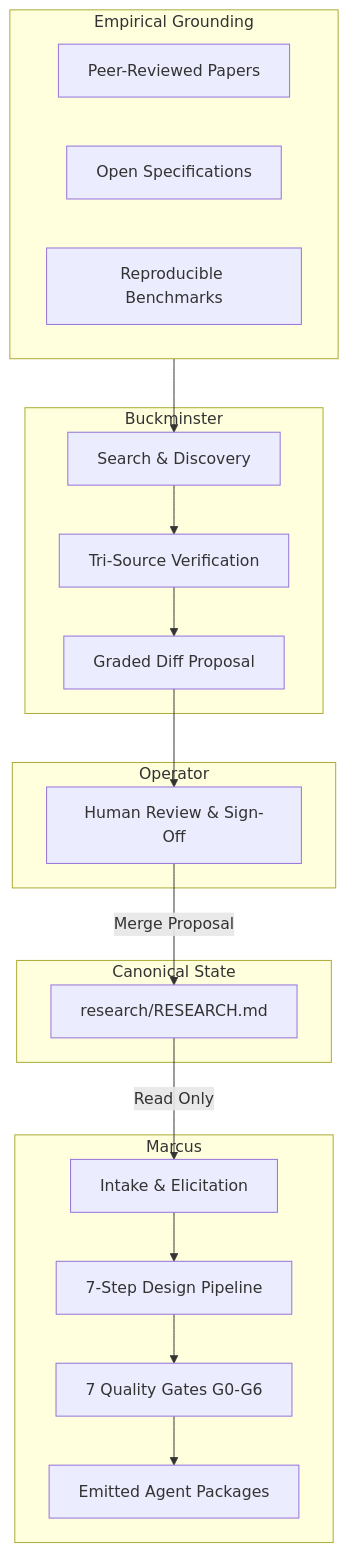
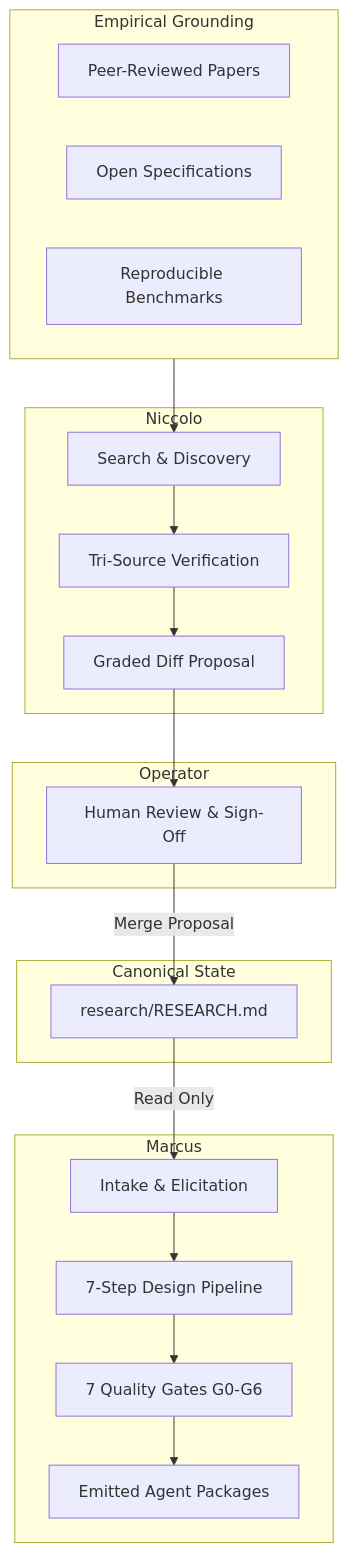
One commit to syst0m/demiurge changed the first of 2 diagrams in docs/DOCUMENTATION.md. Above: the diagram before and after it, drawn with Mermaid. The commit also changed other lines of this file and 43 other files, not shown here.

First line of the commit message:
Rename Buckminster to Niccolo; add personas guide

````diff
--- a/docs/DOCUMENTATION.md
+++ b/docs/DOCUMENTATION.md
@@ -50,39 +50,39 @@
 ```mermaid
 flowchart TD
     subgraph Literature_and_Standards [Empirical Grounding]
         L1[Peer-Reviewed Papers]
         L2[Open Specifications]
         L3[Reproducible Benchmarks]
     end
 
-    subgraph Research_Phase [Buckminster]
+    subgraph Research_Phase [Niccolo]
         B1[Search & Discovery]
         B2[Tri-Source Verification]
         B3[Graded Diff Proposal]
     end
 
     subgraph Governance [Operator]
         OP[Human Review & Sign-Off]
     end
 
     subgraph Knowledge_Base [Canonical State]
         KB[research/RESEARCH.md]
     end
 
     subgraph Synthesis_Phase [Marcus]
         M1[Intake & Elicitation]
         M2[7-Step Design Pipeline]
         M3[7 Quality Gates G0-G6]
         M4[Emitted Agent Packages]
     end
 
     Literature_and_Standards --> B1
     B1 --> B2
     B2 --> B3
     B3 --> OP
     OP -->|Merge Proposal| KB
     KB -->|Read Only| M1
     M1 --> M2
     M2 --> M3
     M3 --> M4
 ```
````
